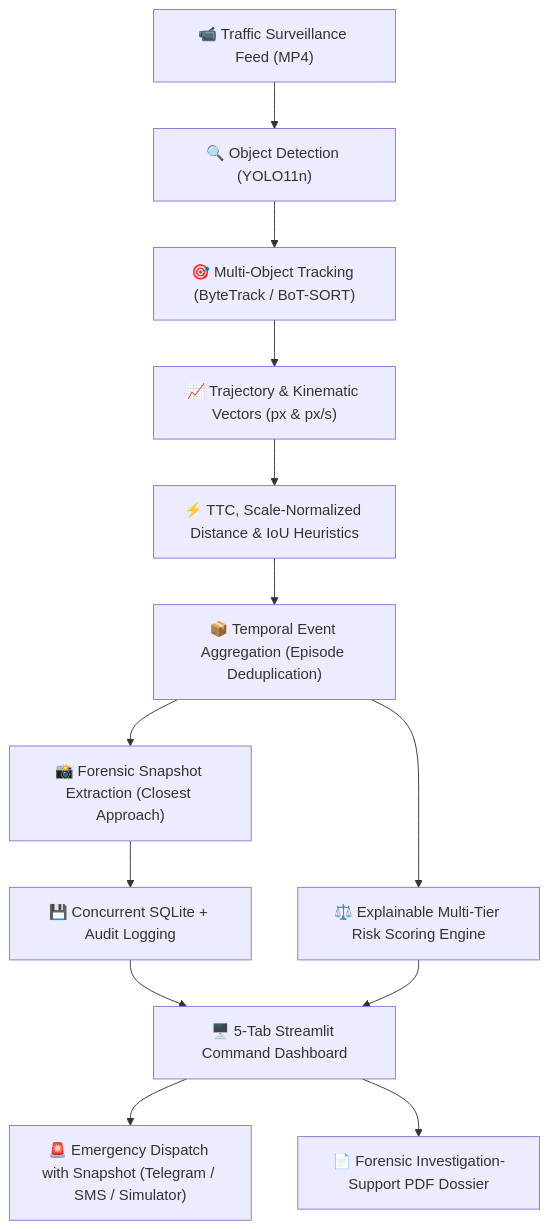
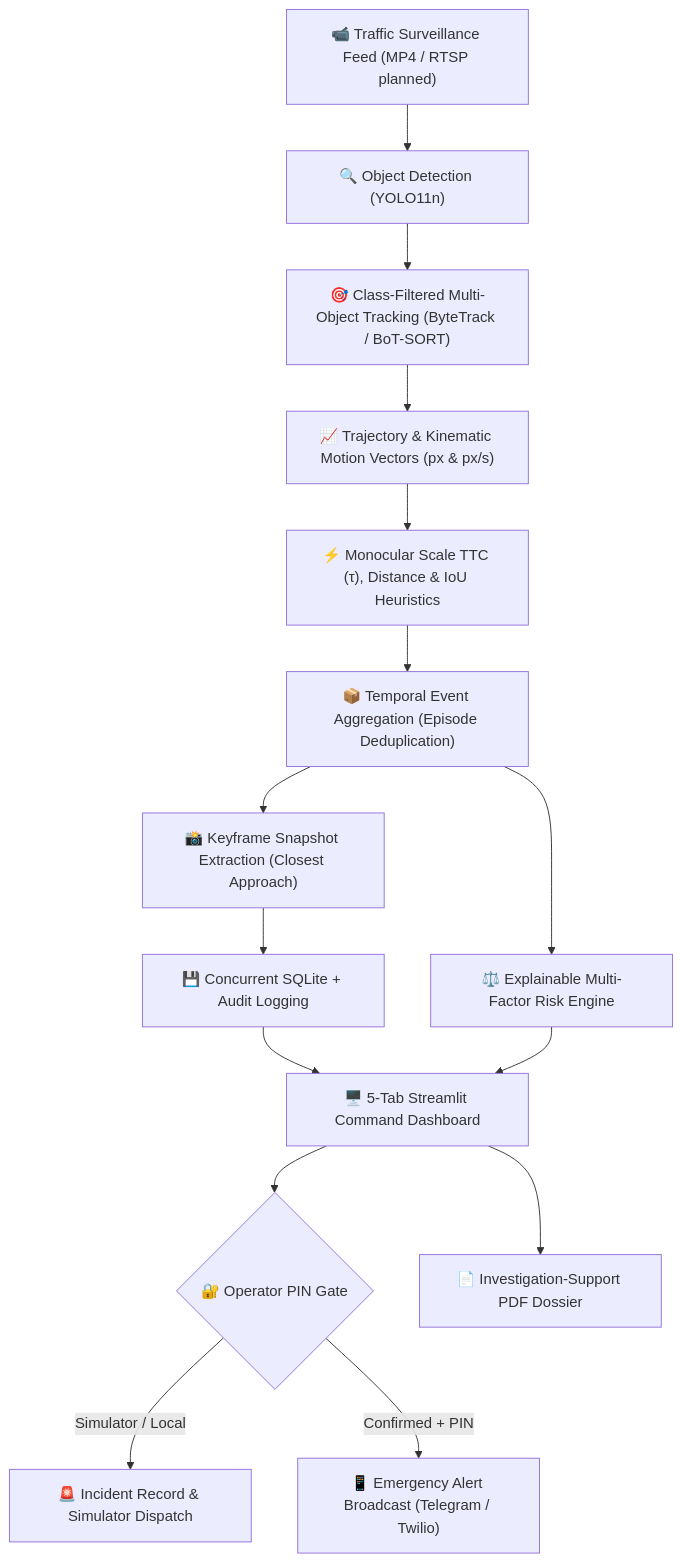
The diagram in README.md (vishalbhardwaj-source/MotionGuard), drawn with Mermaid before and after one commit. The commit also changed other lines of this file and 15 other files, not shown here.

Commit message:
feat: ground-truth dual benchmarks, optical scale TTC, cooldown severity bypass, operator PIN auth gate & tracker ablation

````diff
--- a/README.md
+++ b/README.md
@@ -30,15 +30,17 @@
 ```mermaid
 flowchart TD
-    Video["📹 Traffic Surveillance Feed (MP4)"] --> Detection["🔍 Object Detection (YOLO11n)"]
-    Detection --> Tracking["🎯 Multi-Object Tracking (ByteTrack / BoT-SORT)"]
-    Tracking --> Trajectory["📈 Trajectory & Kinematic Vectors (px & px/s)"]
-    Trajectory --> Filtering["⚡ TTC, Scale-Normalized Distance & IoU Heuristics"]
+    Video["📹 Traffic Surveillance Feed (MP4 / RTSP planned)"] --> Detection["🔍 Object Detection (YOLO11n)"]
+    Detection --> Tracking["🎯 Class-Filtered Multi-Object Tracking (ByteTrack / BoT-SORT)"]
+    Tracking --> Trajectory["📈 Trajectory & Kinematic Motion Vectors (px & px/s)"]
+    Trajectory --> Filtering["⚡ Monocular Scale TTC (τ), Distance & IoU Heuristics"]
     Filtering --> Aggregation["📦 Temporal Event Aggregation (Episode Deduplication)"]
-    Aggregation --> Evidence["📸 Forensic Snapshot Extraction (Closest Approach)"]
-    Aggregation --> Risk["⚖️ Explainable Multi-Tier Risk Scoring Engine"]
+    Aggregation --> Evidence["📸 Keyframe Snapshot Extraction (Closest Approach)"]
+    Aggregation --> Risk["⚖️ Explainable Multi-Factor Risk Engine"]
     Evidence --> Storage["💾 Concurrent SQLite + Audit Logging"]
     Storage --> Dashboard["🖥️ 5-Tab Streamlit Command Dashboard"]
     Risk --> Dashboard
-    Dashboard --> Dispatch["🚨 Emergency Dispatch with Snapshot (Telegram / SMS / Simulator)"]
-    Dashboard --> Export["📄 Forensic Investigation-Support PDF Dossier"]
+    Dashboard --> AuthGate{"🔐 Operator PIN Gate"}
+    AuthGate -->|Simulator / Local| Dispatch["🚨 Incident Record & Simulator Dispatch"]
+    AuthGate -->|Confirmed + PIN| LiveDispatch["📱 Emergency Alert Broadcast (Telegram / Twilio)"]
+    Dashboard --> Export["📄 Investigation-Support PDF Dossier"]
 ```
````
